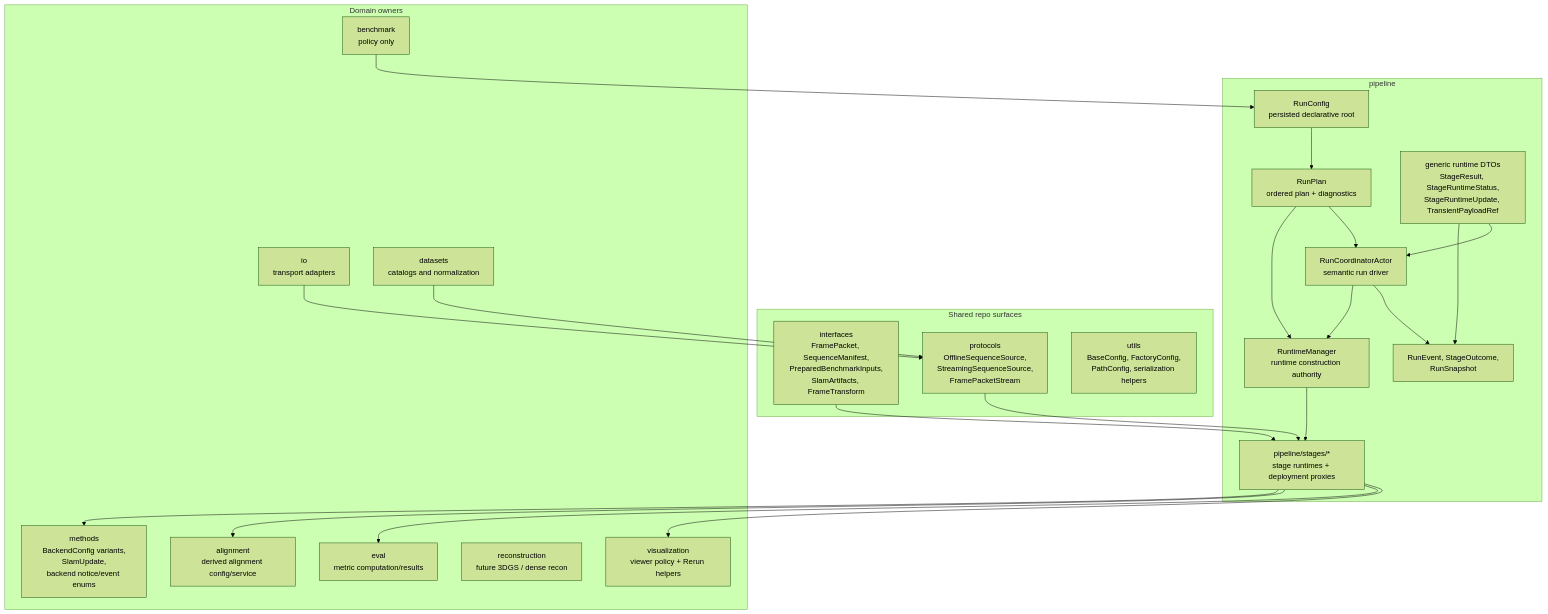
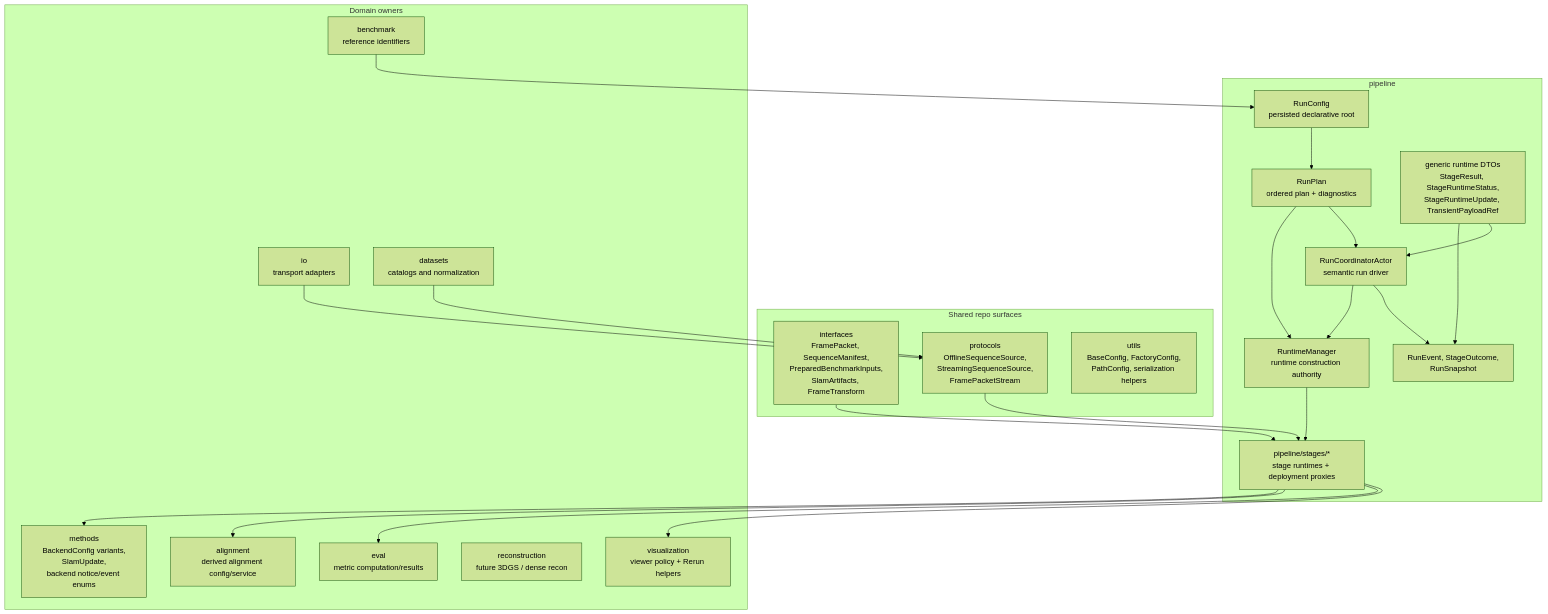
One commit to JanDuchscherer104/prml-vslam changed the first of 18 diagrams in docs/architecture/pipeline-stage-refactor-target.md. Above: the diagram before and after it, drawn with Mermaid (forest theme). The commit also changed other lines of this file and 60 other files, not shown here.

````diff
--- a/docs/architecture/pipeline-stage-refactor-target.md
+++ b/docs/architecture/pipeline-stage-refactor-target.md
@@ -50,47 +50,47 @@
 ```mermaid
 flowchart TB
     subgraph Shared["Shared repo surfaces"]
         Interfaces["interfaces<br/>FramePacket, SequenceManifest,<br/>PreparedBenchmarkInputs,<br/>SlamArtifacts, FrameTransform"]
         Protocols["protocols<br/>OfflineSequenceSource,<br/>StreamingSequenceSource,<br/>FramePacketStream"]
         Utils["utils<br/>BaseConfig, FactoryConfig,<br/>PathConfig, serialization helpers"]
     end
 
     subgraph Pipeline["pipeline"]
         RunConfig["RunConfig<br/>persisted declarative root"]
         RunPlan["RunPlan<br/>ordered plan + diagnostics"]
         RuntimeManager["RuntimeManager<br/>runtime construction authority"]
         Coordinator["RunCoordinatorActor<br/>semantic run driver"]
         GenericContracts["generic runtime DTOs<br/>StageResult, StageRuntimeStatus,<br/>StageRuntimeUpdate, TransientPayloadRef"]
         Events["RunEvent, StageOutcome,<br/>RunSnapshot"]
         Stages["pipeline/stages/*<br/>stage runtimes + deployment proxies"]
     end
 
     subgraph Domain["Domain owners"]
         Methods["methods<br/>BackendConfig variants,<br/>SlamUpdate,<br/>backend notice/event enums"]
-        Benchmark["benchmark<br/>policy only"]
+        Benchmark["benchmark<br/>reference identifiers"]
         Eval["eval<br/>metric computation/results"]
         Alignment["alignment<br/>derived alignment config/service"]
         Reconstruction["reconstruction<br/>future 3DGS / dense recon"]
         Visualization["visualization<br/>viewer policy + Rerun helpers"]
         IO["io<br/>transport adapters"]
         Datasets["datasets<br/>catalogs and normalization"]
     end
 
     RunConfig --> RunPlan
     RunPlan --> RuntimeManager
     RunPlan --> Coordinator
     Coordinator --> RuntimeManager
     RuntimeManager --> Stages
     Coordinator --> Events
     GenericContracts --> Events
     GenericContracts --> Coordinator
     Stages --> Methods
     Stages --> Alignment
     Stages --> Eval
     Stages --> Visualization
     Interfaces --> Stages
     Protocols --> Stages
     IO --> Protocols
     Datasets --> Protocols
     Benchmark --> RunConfig
 ```
````
